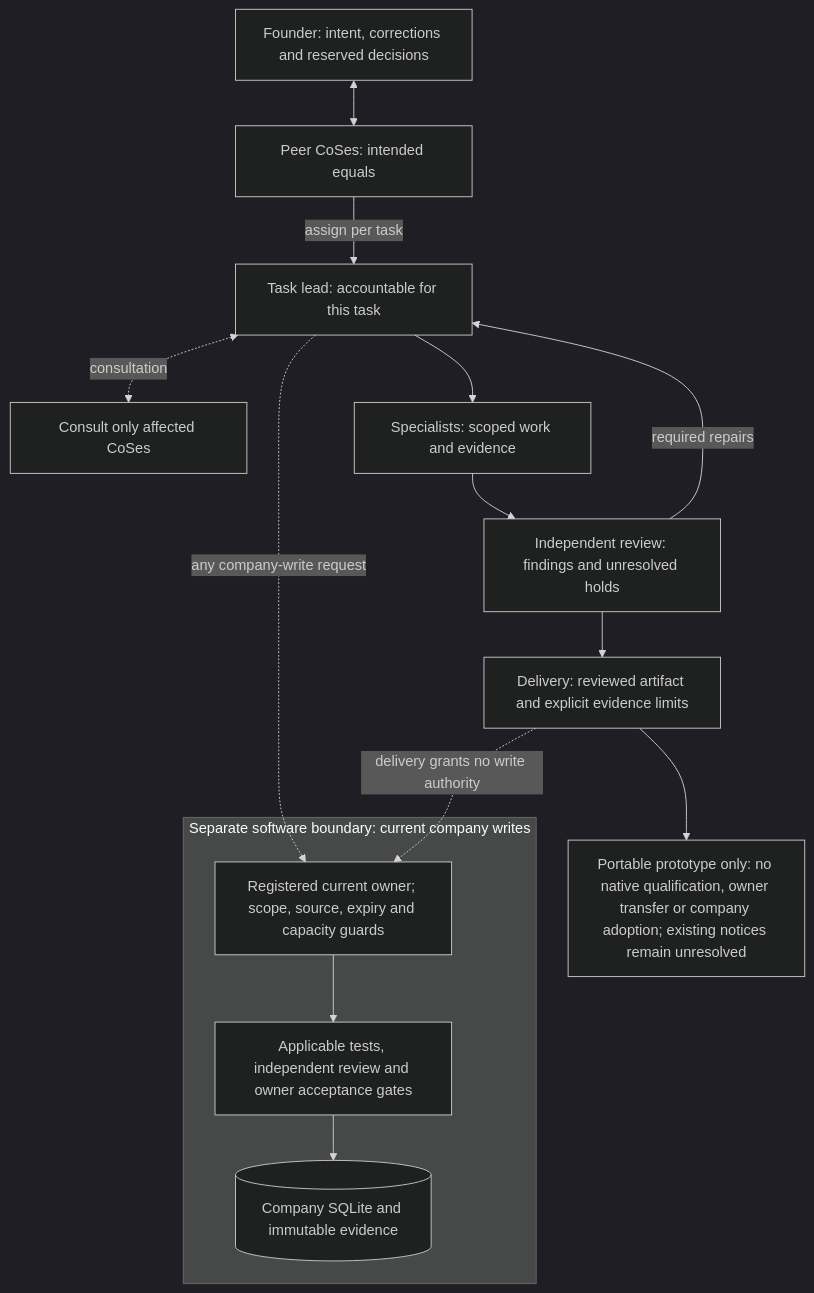
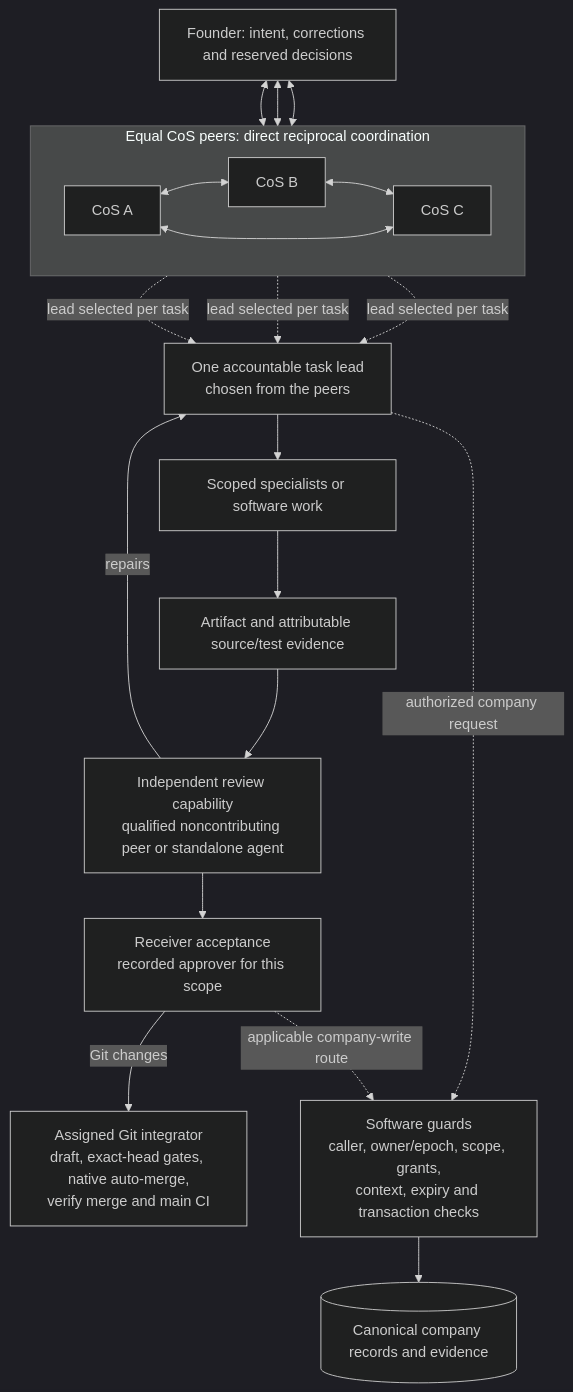
One commit to yimoburu/soloco changed the first of 3 diagrams in docs/architecture-current.md. Above: the diagram before and after it, drawn with Mermaid (dark theme). The commit also changed other lines of this file, not shown here.

Commit message:
docs: update architecture and language boundaries

````diff
--- a/docs/architecture-current.md
+++ b/docs/architecture-current.md
@@ -15,25 +15,25 @@
 ```mermaid
 flowchart TB
-  F[Founder: intent, corrections and reserved decisions]
-  P[Peer CoSes: intended equals]
-  L[Task lead: accountable for this task]
-  C[Consult only affected CoSes]
-  S[Specialists: scoped work and evidence]
-  R[Independent review: findings and unresolved holds]
-  D[Delivery: reviewed artifact and explicit evidence limits]
-  F <--> P
-  P -->|assign per task| L
-  L <-. consultation .-> C
-  L --> S --> R --> D
-  R -->|required repairs| L
-  subgraph Guards[Separate software boundary: current company writes]
-    G[Registered current owner; scope, source, expiry and capacity guards]
-    A[Applicable tests, independent review and owner acceptance gates]
-    E[(Company SQLite and immutable evidence)]
-    G --> A --> E
+  F["Founder: intent, corrections and reserved decisions"]
+  subgraph Peers["Equal CoS peers: direct reciprocal coordination"]
+    direction LR
+    A["CoS A"] <--> B["CoS B"]
+    B <--> C["CoS C"]
+    C <--> A
   end
-  L -. any company-write request .-> G
-  D -. delivery grants no write authority .-> G
-  N[Portable prototype only: no native qualification, owner transfer or company adoption; existing notices remain unresolved]
-  D --> N
+  F <--> A
+  F <--> B
+  F <--> C
+  A -. "lead selected per task" .-> L["One accountable task lead<br/>chosen from the peers"]
+  B -. "lead selected per task" .-> L
+  C -. "lead selected per task" .-> L
+  L --> W["Scoped specialists or software work"]
+  W --> E["Artifact and attributable source/test evidence"]
+  E --> R["Independent review capability<br/>qualified noncontributing peer or standalone agent"]
+  R -->|repairs| L
+  R --> V["Receiver acceptance<br/>recorded approver for this scope"]
+  V -->|Git changes| I["Assigned Git integrator<br/>draft, exact-head gates, native auto-merge,<br/>verify merge and main CI"]
+  L -. "authorized company request" .-> G["Software guards<br/>caller, owner/epoch, scope, grants,<br/>context, expiry and transaction checks"]
+  V -. "applicable company-write route" .-> G
+  G --> S[("Canonical company records and evidence")]
 ```
````
